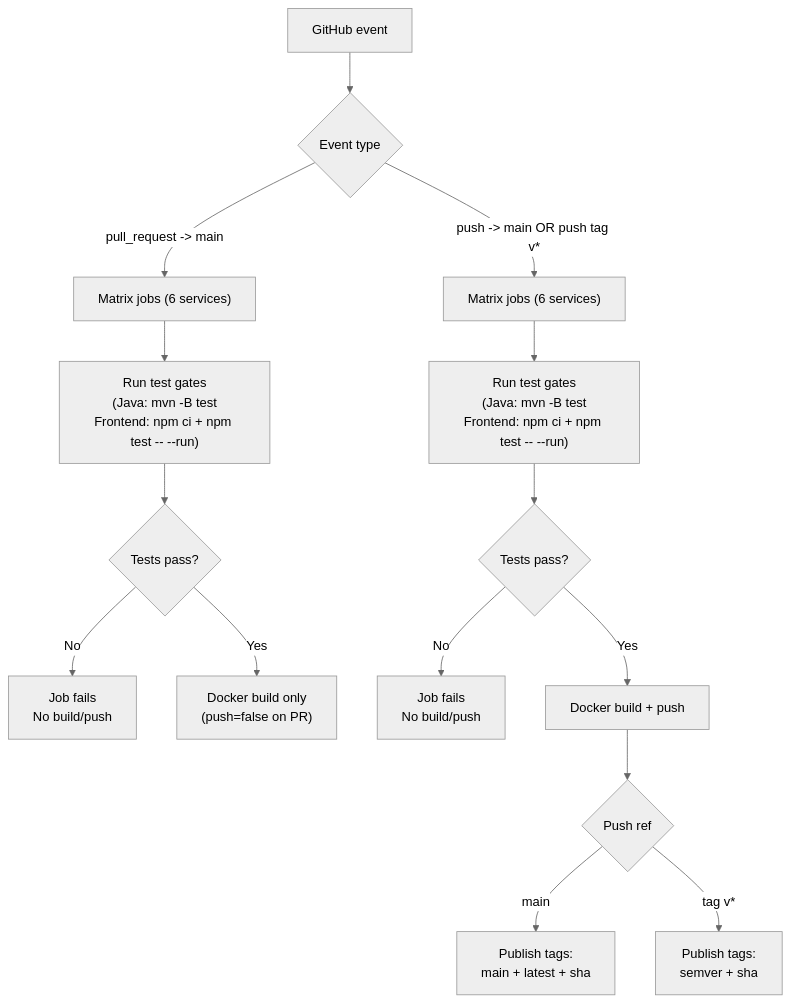
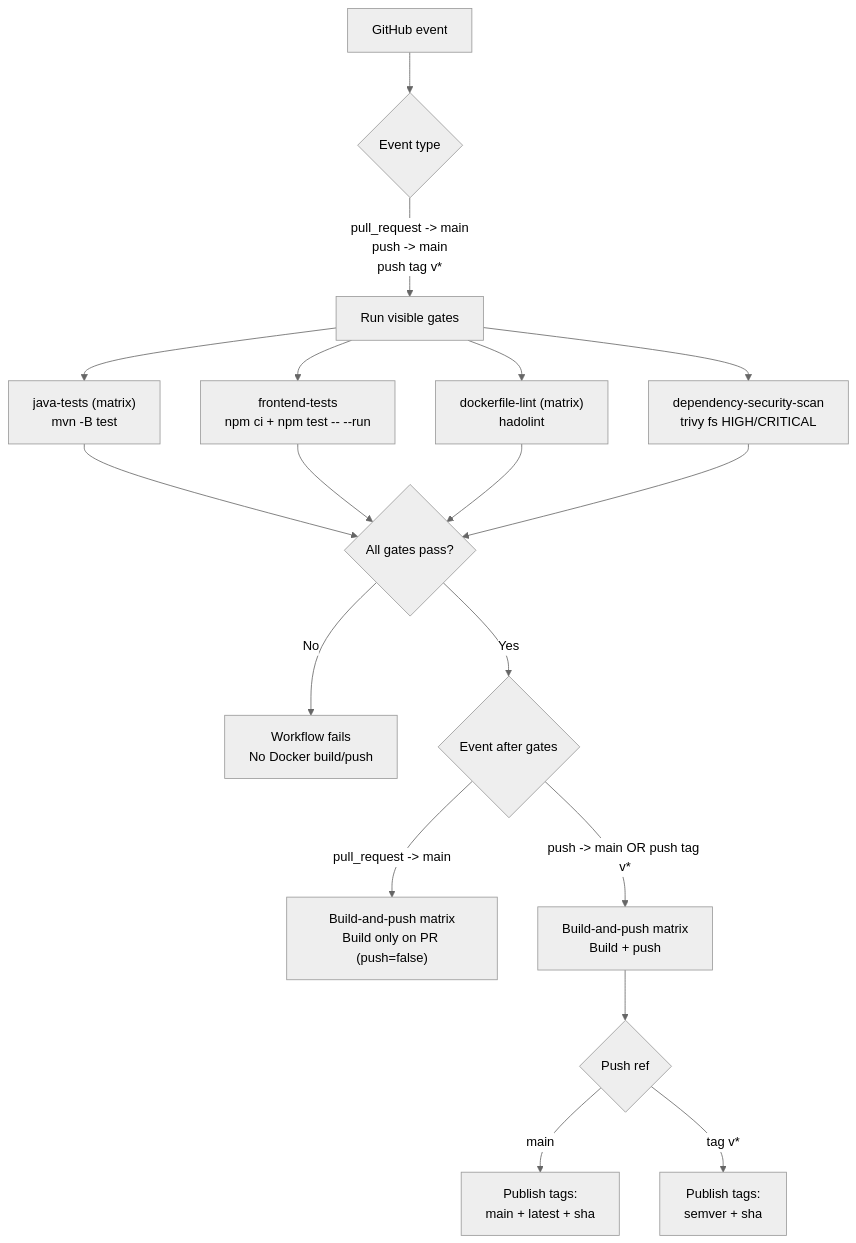
One commit to ClementV78/CloudRadar changed the first of 2 diagrams in docs/runbooks/ci-cd/ci-app.md. Above: the diagram before and after it, drawn with Mermaid (neutral theme). The commit also changed other lines of this file and 3 other files, not shown here.

First line of the commit message:
ci(app): add visible quality gates and manifest validation

````diff
--- a/docs/runbooks/ci-cd/ci-app.md
+++ b/docs/runbooks/ci-cd/ci-app.md
@@ -218,22 +7,24 @@
 ```mermaid
 flowchart TD
   T["GitHub event"] --> E{"Event type"}
 
-  E -->|"pull_request -> main"| PR["Matrix jobs (6 services)"]
-  E -->|"push -> main OR push tag v*"| PUSH["Matrix jobs (6 services)"]
+  E -->|"pull_request -> main<br/>push -> main<br/>push tag v*"| G["Run visible gates"]
 
-  PR --> G1["Run test gates<br/>(Java: mvn -B test<br/>Frontend: npm ci + npm test -- --run)"]
-  PUSH --> G2["Run test gates<br/>(Java: mvn -B test<br/>Frontend: npm ci + npm test -- --run)"]
+  G --> J1["java-tests (matrix)<br/>mvn -B test"]
+  G --> J2["frontend-tests<br/>npm ci + npm test -- --run"]
+  G --> J3["dockerfile-lint (matrix)<br/>hadolint"]
+  G --> J4["dependency-security-scan<br/>trivy fs HIGH/CRITICAL"]
 
-  G1 --> F1{"Tests pass?"}
-  G2 --> F2{"Tests pass?"}
+  J1 --> F{"All gates pass?"}
+  J2 --> F
+  J3 --> F
+  J4 --> F
 
-  F1 -->|"No"| X1["Job fails<br/>No build/push"]
-  F2 -->|"No"| X2["Job fails<br/>No build/push"]
-
-  F1 -->|"Yes"| B1["Docker build only<br/>(push=false on PR)"]
-  F2 -->|"Yes"| B2["Docker build + push"]
+  F -->|"No"| X["Workflow fails<br/>No Docker build/push"]
+  F -->|"Yes"| B{"Event after gates"}
+  B -->|"pull_request -> main"| B1["Build-and-push matrix<br/>Build only on PR (push=false)"]
+  B -->|"push -> main OR push tag v*"| B2["Build-and-push matrix<br/>Build + push"]
   B2 --> TAG{"Push ref"}
   TAG -->|"main"| TMAIN["Publish tags:<br/>main + latest + sha"]
   TAG -->|"tag v*"| TTAG["Publish tags:<br/>semver + sha"]
 ```
````
